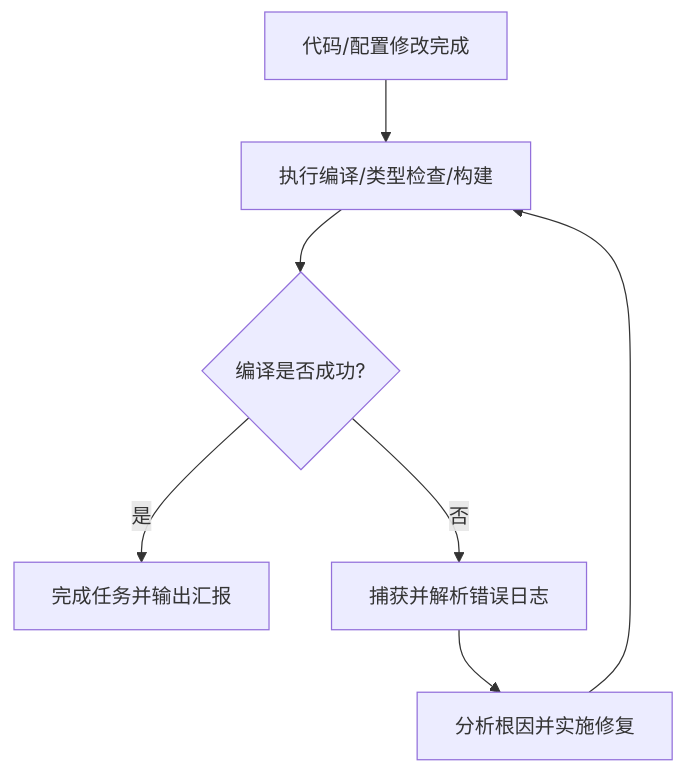
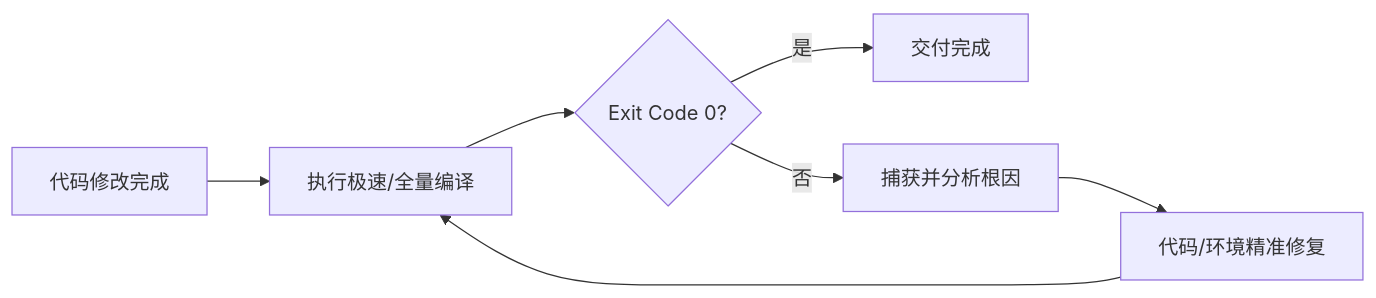
One commit to jiangyinluwei/pi-desktop-lite changed the diagram in .agents/skills/auto-compile-and-fix/SKILL.md. Above: the diagram before and after it, drawn with Mermaid. The commit also changed other lines of this file and 18 other files, not shown here.

````diff
--- a/.agents/skills/auto-compile-and-fix/SKILL.md
+++ b/.agents/skills/auto-compile-and-fix/SKILL.md
@@ -14,9 +14,9 @@
 ```mermaid
-flowchart TD
-    A[代码/配置修改完成] --> B[执行编译/类型检查/构建]
-    B --> C{编译是否成功?}
-    C -- 是 --> D[完成任务并输出汇报]
-    C -- 否 --> E[捕获并解析错误日志]
-    E --> F[分析根因并实施修复]
+flowchart LR
+    A[代码修改完成] --> B[执行极速/全量编译]
+    B --> C{Exit Code 0?}
+    C -- 是 --> D[交付完成]
+    C -- 否 --> E[捕获并分析根因]
+    E --> F[代码/环境精准修复]
     F --> B
 ```
````
